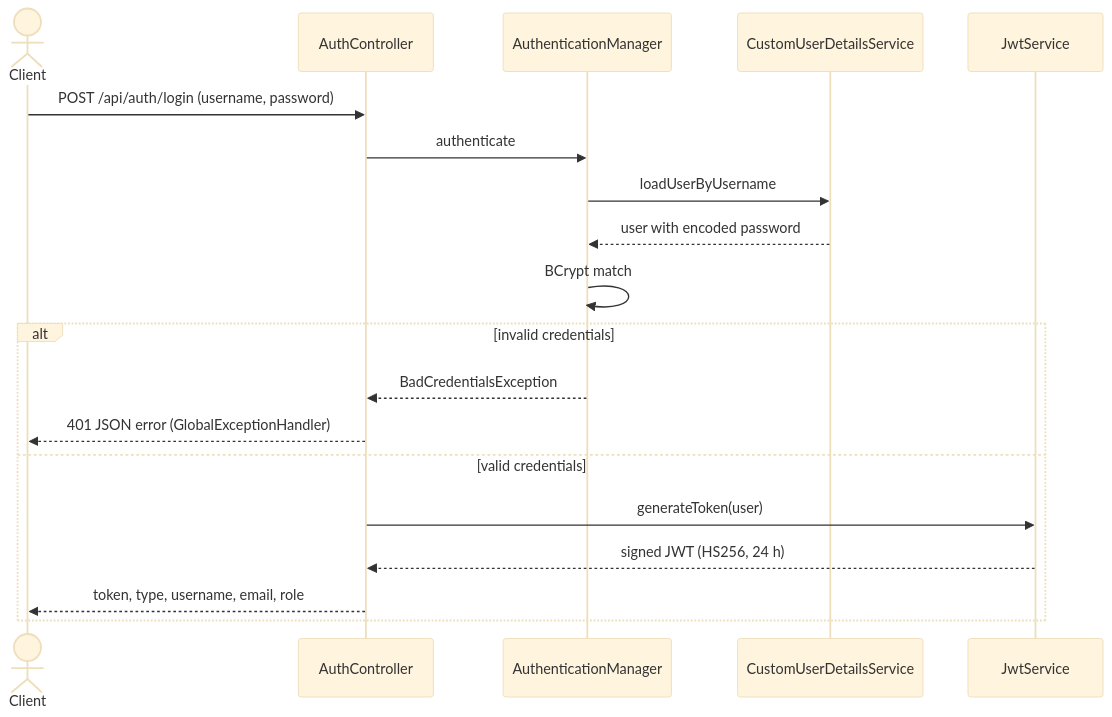
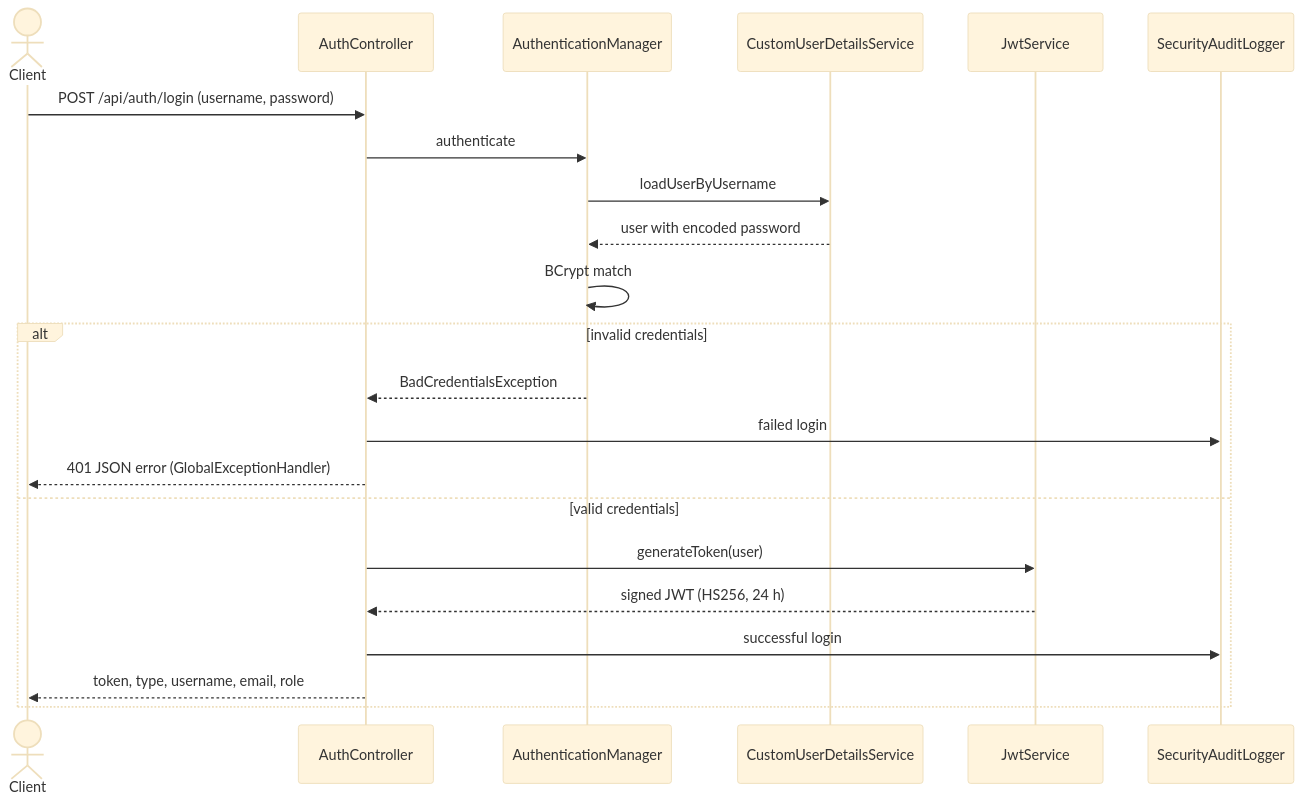
The second of 2 diagrams in README.md (ClaudioPaulo/spring-boot-auth-template), drawn with Mermaid (base theme) before and after one commit. The commit also changed other lines of this file, not shown here.

````diff
--- a/README.md
+++ b/README.md
@@ -39,21 +39,24 @@
 ```mermaid
 sequenceDiagram
     actor C as Client
     participant A as AuthController
     participant M as AuthenticationManager
     participant U as CustomUserDetailsService
     participant J as JwtService
+    participant L as SecurityAuditLogger
     C->>A: POST /api/auth/login (username, password)
     A->>M: authenticate
     M->>U: loadUserByUsername
     U-->>M: user with encoded password
     M->>M: BCrypt match
     alt invalid credentials
         M-->>A: BadCredentialsException
+        A->>L: failed login
         A-->>C: 401 JSON error (GlobalExceptionHandler)
     else valid credentials
         A->>J: generateToken(user)
         J-->>A: signed JWT (HS256, 24 h)
+        A->>L: successful login
         A-->>C: token, type, username, email, role
     end
 ```
````
